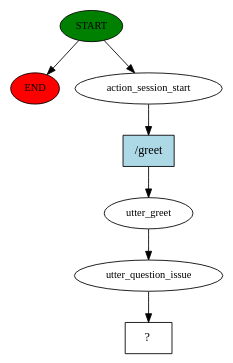
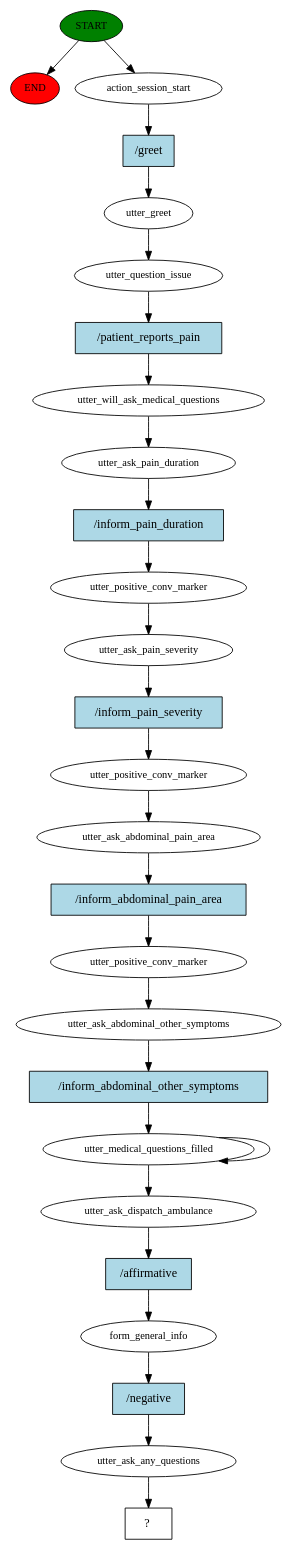
One commit to halixness/HMD-Dispatcher changed the diagram in story_graph.dot. Above: the diagram before and after it, drawn with Graphviz. The commit also changed 3 other files, not shown here.

Commit message:
improving conversation flow (1/2)

```diff
--- a/story_graph.dot
+++ b/story_graph.dot
@@ -1,15 +1,54 @@
 digraph  {
 0 [class="start active", fillcolor=green, fontsize=12, label=START, style=filled];
 "-1" [class=end, fillcolor=red, fontsize=12, label=END, style=filled];
 1 [class=active, fontsize=12, label=action_session_start];
 2 [class=active, fontsize=12, label=utter_greet];
 3 [class=active, fontsize=12, label=utter_question_issue];
-4 [class="intent dashed active", label="  ?  ", shape=rect];
-5 [class="intent active", fillcolor=lightblue, label="/greet", shape=rect, style=filled];
+4 [class=active, fontsize=12, label=utter_will_ask_medical_questions];
+5 [class=active, fontsize=12, label=utter_ask_pain_duration];
+6 [class=active, fontsize=12, label=utter_positive_conv_marker];
+7 [class=active, fontsize=12, label=utter_ask_pain_severity];
+8 [class=active, fontsize=12, label=utter_positive_conv_marker];
+9 [class=active, fontsize=12, label=utter_ask_abdominal_pain_area];
+10 [class=active, fontsize=12, label=utter_positive_conv_marker];
+11 [class=active, fontsize=12, label=utter_ask_abdominal_other_symptoms];
+12 [class=active, fontsize=12, label=utter_medical_questions_filled];
+14 [class=active, fontsize=12, label=utter_ask_dispatch_ambulance];
+15 [class=active, fontsize=12, label=form_general_info];
+16 [class=active, fontsize=12, label=utter_ask_any_questions];
+17 [class="intent dashed active", label="  ?  ", shape=rect];
+18 [class="intent active", fillcolor=lightblue, label="/greet", shape=rect, style=filled];
+19 [class="intent active", fillcolor=lightblue, label="/patient_reports_pain", shape=rect, style=filled];
+20 [class="intent active", fillcolor=lightblue, label="/inform_pain_duration", shape=rect, style=filled];
+21 [class="intent active", fillcolor=lightblue, label="/inform_pain_severity", shape=rect, style=filled];
+22 [class="intent active", fillcolor=lightblue, label="/inform_abdominal_pain_area", shape=rect, style=filled];
+23 [class="intent active", fillcolor=lightblue, label="/inform_abdominal_other_symptoms", shape=rect, style=filled];
+24 [class="intent active", fillcolor=lightblue, label="/affirmative", shape=rect, style=filled];
+25 [class="intent active", fillcolor=lightblue, label="/negative", shape=rect, style=filled];
 0 -> "-1"  [class="", key=NONE, label=""];
 0 -> 1  [class=active, key=NONE, label=""];
-1 -> 5  [class=active, key=0];
+1 -> 18  [class=active, key=0];
 2 -> 3  [class=active, key=NONE, label=""];
-3 -> 4  [class=active, key=NONE, label=""];
-5 -> 2  [class=active, key=0];
+3 -> 19  [class=active, key=0];
+4 -> 5  [class=active, key=NONE, label=""];
+5 -> 20  [class=active, key=0];
+6 -> 7  [class=active, key=NONE, label=""];
+7 -> 21  [class=active, key=0];
+8 -> 9  [class=active, key=NONE, label=""];
+9 -> 22  [class=active, key=0];
+10 -> 11  [class=active, key=NONE, label=""];
+11 -> 23  [class=active, key=0];
+12 -> 14  [class=active, key=NONE, label=""];
+12 -> 12  [class=active, key=NONE, label=""];
+14 -> 24  [class=active, key=0];
+15 -> 25  [class=active, key=0];
+16 -> 17  [class=active, key=NONE, label=""];
+18 -> 2  [class=active, key=0];
+19 -> 4  [class=active, key=0];
+20 -> 6  [class=active, key=0];
+21 -> 8  [class=active, key=0];
+22 -> 10  [class=active, key=0];
+23 -> 12  [class=active, key=0];
+24 -> 15  [class=active, key=0];
+25 -> 16  [class=active, key=0];
 }
```
